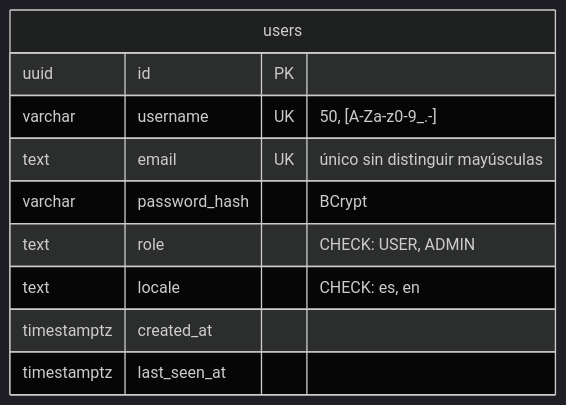
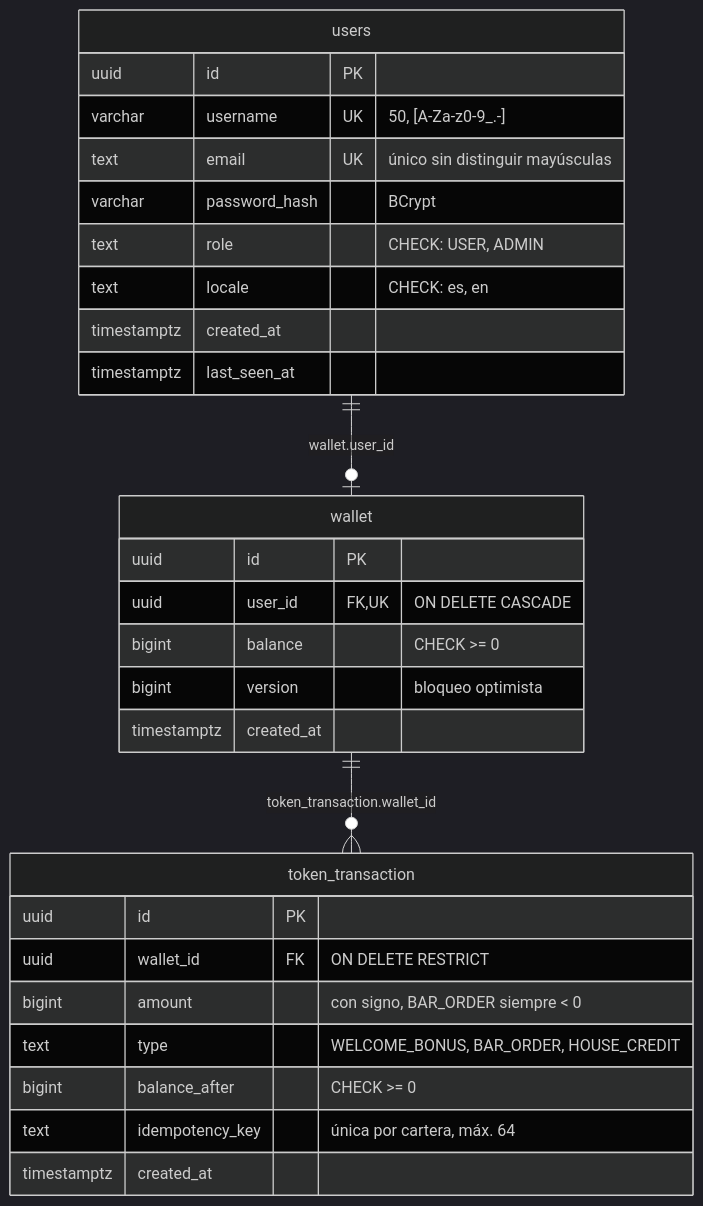
One commit to iulian640/iulianlounge-backend changed the third of 3 diagrams in README.es.md. Above: the diagram before and after it, drawn with Mermaid (dark theme). The commit also changed other lines of this file and 3 other files, not shown here.

First line of the commit message:
docs: diagrams drawn from the code and migrations V1-V6 IUL-68

````diff
--- a/README.es.md
+++ b/README.es.md
@@ -122,13 +123,34 @@
 ```mermaid
 erDiagram
+    users ||--o| wallet : "wallet.user_id"
+    wallet ||--o{ token_transaction : "token_transaction.wallet_id"
+
     users {
         uuid id PK
         varchar username UK "50, [A-Za-z0-9_.-]"
         text email UK "único sin distinguir mayúsculas"
         varchar password_hash "BCrypt"
         text role "CHECK: USER, ADMIN"
         text locale "CHECK: es, en"
         timestamptz created_at
         timestamptz last_seen_at
     }
+
+    wallet {
+        uuid id PK
+        uuid user_id FK,UK "ON DELETE CASCADE"
+        bigint balance "CHECK >= 0"
+        bigint version "bloqueo optimista"
+        timestamptz created_at
+    }
+
+    token_transaction {
+        uuid id PK
+        uuid wallet_id FK "ON DELETE RESTRICT"
+        bigint amount "con signo, BAR_ORDER siempre < 0"
+        text type "WELCOME_BONUS, BAR_ORDER, HOUSE_CREDIT"
+        bigint balance_after "CHECK >= 0"
+        text idempotency_key "única por cartera, máx. 64"
+        timestamptz created_at
+    }
 ```
````
